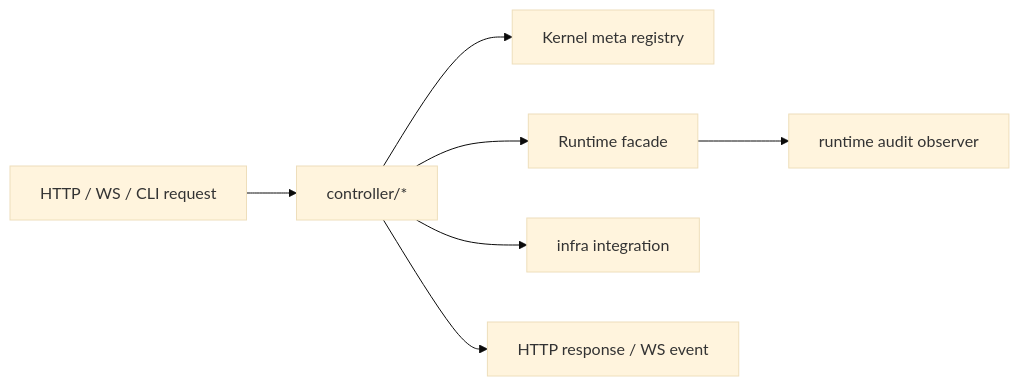
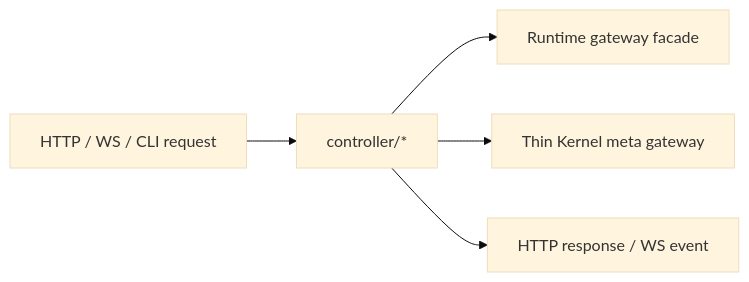
Before and after one commit to zhongmiao-org/meta-lc-platform: the diagram in packages/bff/README.md, drawn with Mermaid (base theme). The commit also changed other lines of this file and 89 other files, not shown here.

Commit message:
refactor(boundaries): lock final runtime gateway topology (#120)

````diff
--- a/packages/bff/README.md
+++ b/packages/bff/README.md
@@ -78,9 +72,7 @@
 ```mermaid
 flowchart LR
   Http["HTTP / WS / CLI request"] --> Entry["controller/*"]
-  Entry --> Kernel["Kernel meta registry"]
-  Entry --> Runtime["Runtime facade"]
-  Entry --> Infra["infra integration"]
-  Runtime --> Audit["runtime audit observer"]
+  Entry --> Runtime["Runtime gateway facade"]
+  Entry --> Kernel["Thin Kernel meta gateway"]
   Entry --> Response["HTTP response / WS event"]
 ```
````
